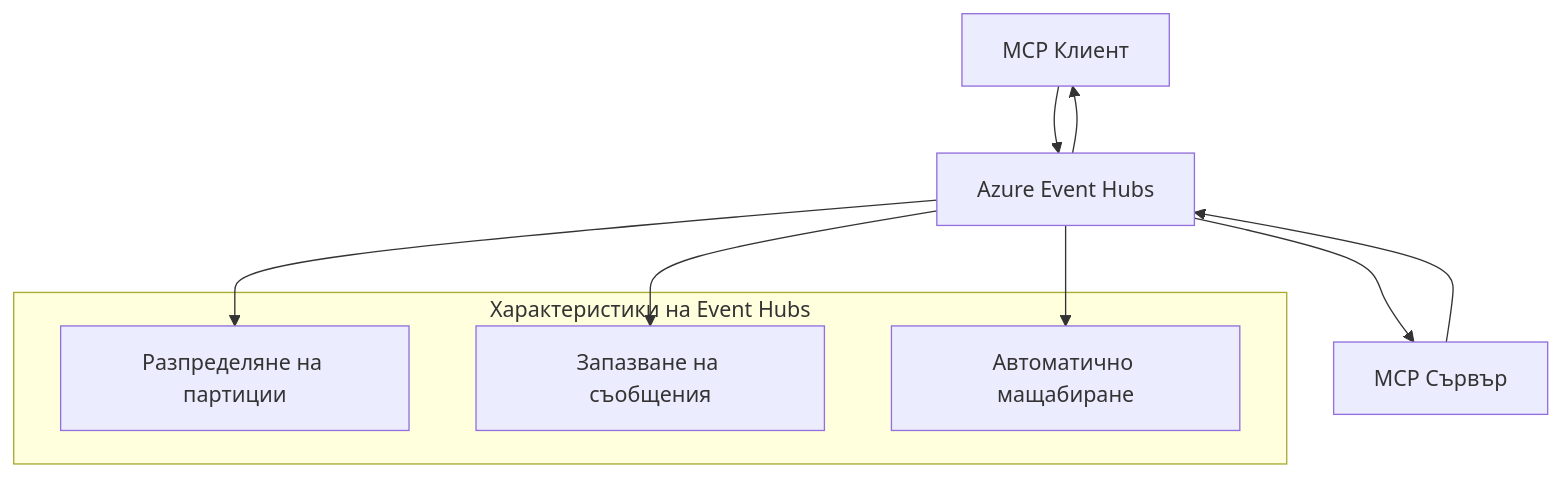
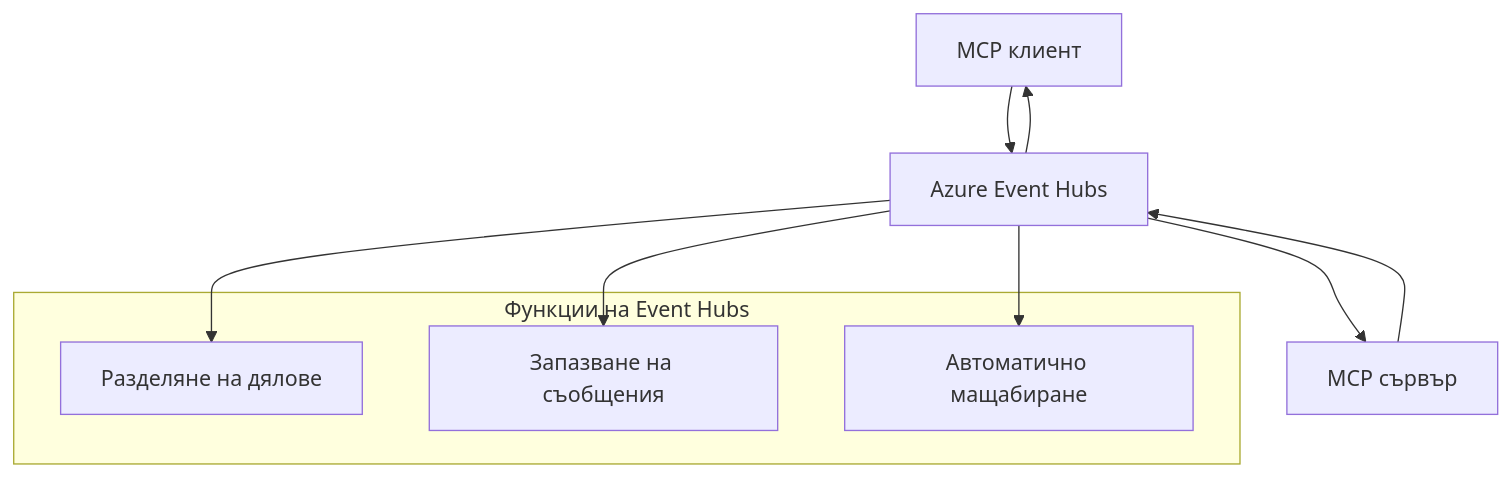
Before and after one commit to HIDORAKAI002/ai-workspace-archive: the second of 2 diagrams in mcp_ecosystem__model_context_protocol/mcp_learning_resources/mcp-for-beginners/translations/bg/05-AdvancedTopics/mcp-transport/README.md, drawn with Mermaid. The commit also changed other lines of this file and 1046 other files, not shown here.

````diff
--- a/mcp_ecosystem__model_context_protocol/mcp_learning_resources/mcp-for-beginners/translations/bg/05-AdvancedTopics/mcp-transport/README.md
+++ b/mcp_ecosystem__model_context_protocol/mcp_learning_resources/mcp-for-beginners/translations/bg/05-AdvancedTopics/mcp-transport/README.md
@@ -270,17 +272,17 @@
 ```mermaid
 graph TB
-    Client[MCP Клиент] --> EH[Azure Event Hubs]
-    EH --> Server[MCP Сървър]
+    Client[MCP клиент] --> EH[Azure Event Hubs]
+    EH --> Server[MCP сървър]
     Server --> EH
     EH --> Client
     
-    subgraph "Характеристики на Event Hubs"
-        Partition[Разпределяне на партиции]
+    subgraph "Функции на Event Hubs"
+        Partition[Разделяне на дялове]
         Retention[Запазване на съобщения]
         Scaling[Автоматично мащабиране]
     end
     
     EH --> Partition
     EH --> Retention
     EH --> Scaling
 ```
````
